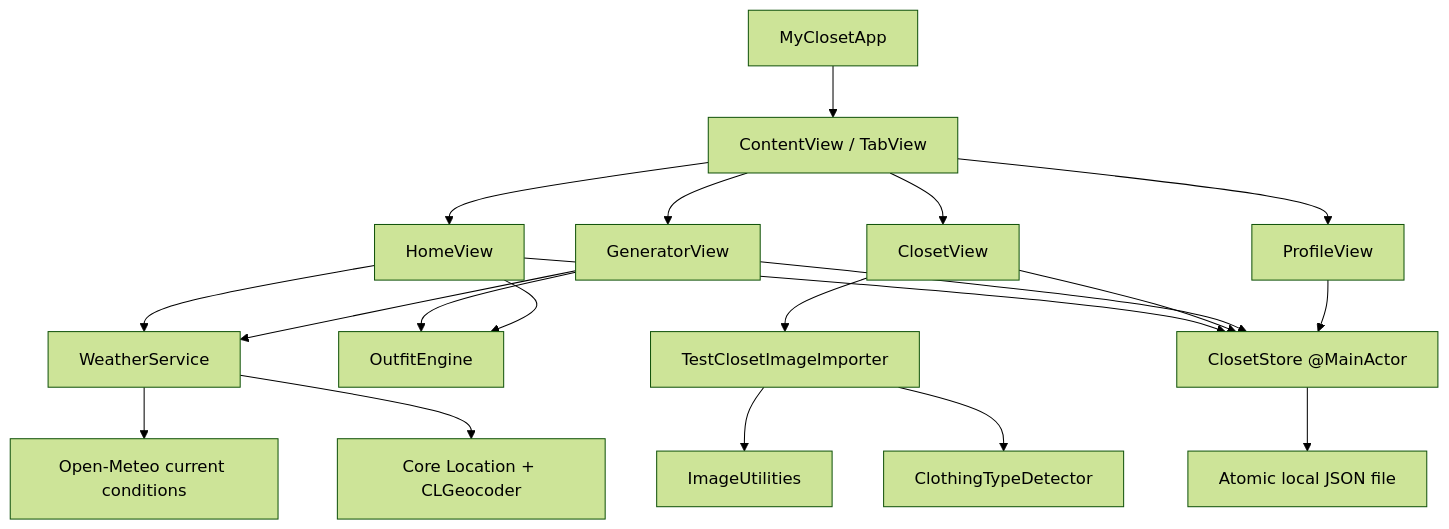
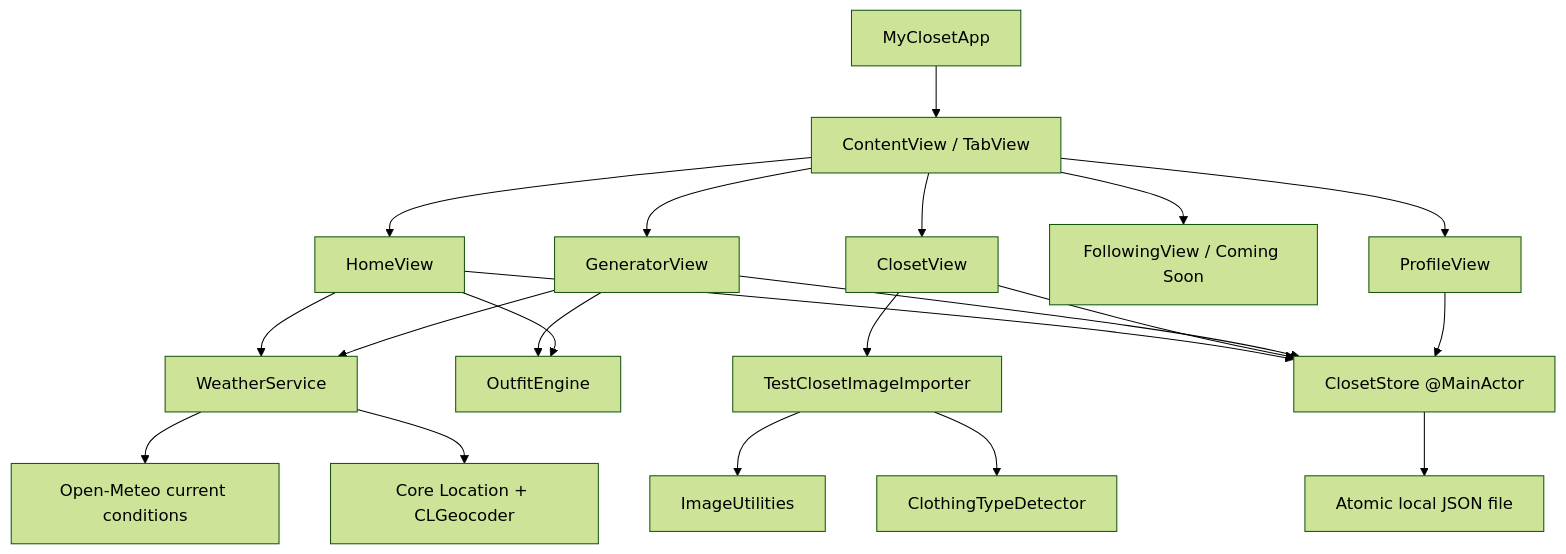
The first of 3 diagrams in docs/ARCHITECTURE.md (mkodithuwakku/myCloset), drawn with Mermaid (forest theme) before and after one commit. The commit also changed other lines of this file and 24 other files, not shown here.

````diff
--- a/docs/ARCHITECTURE.md
+++ b/docs/ARCHITECTURE.md
@@ -21,24 +22,25 @@
 ```mermaid
 flowchart TB
     App["MyClosetApp"] --> Tabs["ContentView / TabView"]
     Tabs --> Home["HomeView"]
     Tabs --> Closet["ClosetView"]
     Tabs --> Generate["GeneratorView"]
+    Tabs --> Following["FollowingView / Coming Soon"]
     Tabs --> Profile["ProfileView"]
 
     Home --> Store["ClosetStore @MainActor"]
     Closet --> Store
     Generate --> Store
     Profile --> Store
     Generate --> Engine["OutfitEngine"]
     Home --> Engine
     Closet --> Importer["TestClosetImageImporter"]
     Importer --> Types["ClothingTypeDetector"]
     Importer --> Images["ImageUtilities"]
 
     Store --> JSON["Atomic local JSON file"]
     Home --> Weather["WeatherService"]
     Generate --> Weather
     Weather --> CoreLocation["Core Location + CLGeocoder"]
     Weather --> OpenMeteo["Open-Meteo current conditions"]
 ```
````
